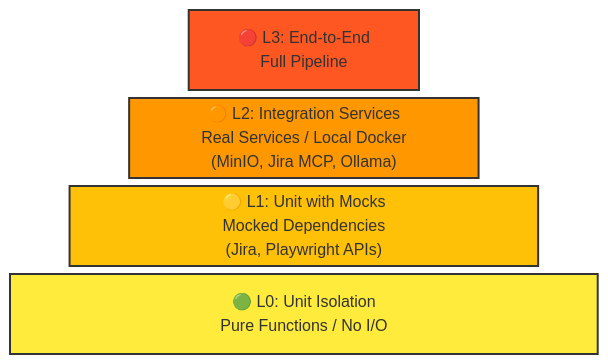
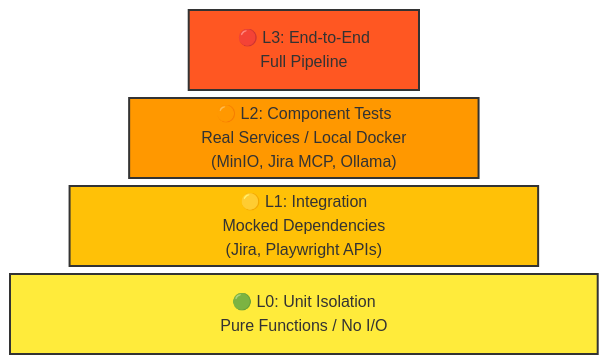
Before and after one commit to BugMentor/sdet-agent: the seventh of 7 diagrams in README.md, drawn with Mermaid. The commit also changed other lines of this file and 4 other files, not shown here.

````diff
--- a/README.md
+++ b/README.md
@@ -589,15 +860,15 @@
 ```mermaid
 block-beta
-columns 30 
+columns 30
 
 space:9 L3["🔴 L3: End-to-End<br/>Full Pipeline"]:12 space:9
-space:6 L2["🟠 L2: Integration Services<br/>Real Services / Local Docker<br/>(MinIO, Jira MCP, Ollama)"]:18 space:6
-space:3 L1["🟡 L1: Unit with Mocks<br/>Mocked Dependencies<br/>(Jira, Playwright APIs)"]:24 space:3
+space:6 L2["🟠 L2: Component Tests<br/>Real Services / Local Docker<br/>(MinIO, Jira MCP, Ollama)"]:18 space:6
+space:3 L1["🟡 L1: Integration<br/>Mocked Dependencies<br/>(Jira, Playwright APIs)"]:24 space:3
 L0["🟢 L0: Unit Isolation<br/>Pure Functions / No I/O"]:30
 
 style L3 fill:#ff5722,color:#fff,stroke:#333,stroke-width:2px
 style L2 fill:#ff9800,color:#fff,stroke:#333,stroke-width:2px
 style L1 fill:#ffc107,color:#000,stroke:#333,stroke-width:2px
 style L0 fill:#ffeb3b,color:#000,stroke:#333,stroke-width:2px
 
 ```
````
